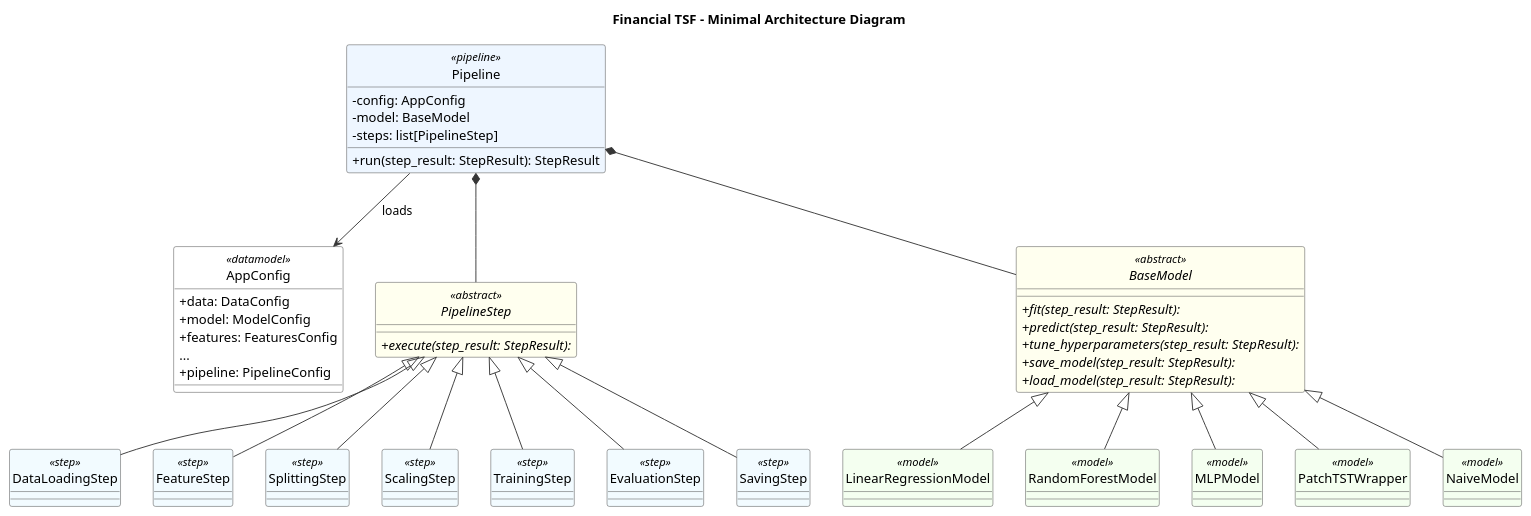
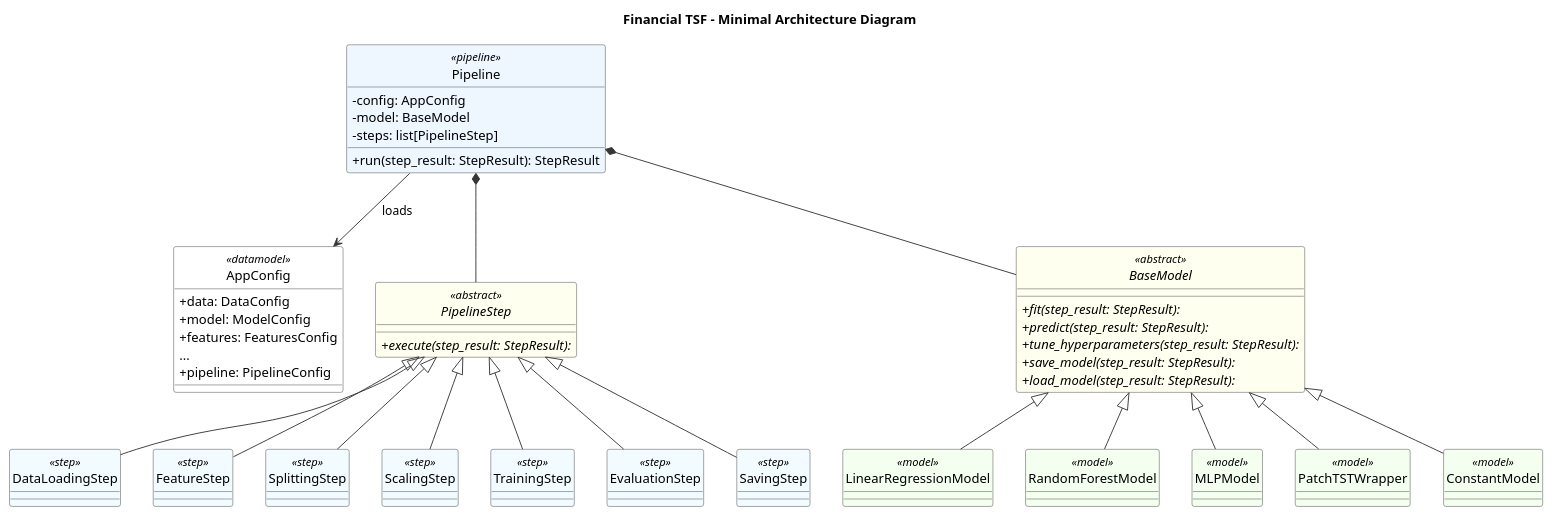
Before and after one commit to nord3214/financial-forecasting: the diagram in UML/architecture.puml, drawn with PlantUML.

Commit message:
code architecture svg adjusted

```diff
--- a/UML/architecture.puml
+++ b/UML/architecture.puml
@@ -1,79 +1,79 @@
 @startuml FinancialTSF_Minimal_Architecture
 title Financial TSF - Minimal Architecture Diagram
 
 skinparam style strictuml
 skinparam classAttributeIconSize 0
 skinparam packageStyle rectangle
 top to bottom direction
 
 skinparam class {
   BackgroundColor White
   BorderColor #424242
   ArrowColor #363636
 }
 
 skinparam classBackgroundColor<<abstract>> #FFFFEF
 skinparam classBackgroundColor<<pipeline>> #EEF6FF
 skinparam classBackgroundColor<<step>> #F2FBFF
 skinparam classBackgroundColor<<model>> #F4FFF0
 
 class Pipeline <<pipeline>> {
   -config: AppConfig
   -model: BaseModel
   -steps: list[PipelineStep]
   +run(step_result: StepResult): StepResult
 }
 
 class AppConfig <<datamodel>> {
   +data: DataConfig
   +model: ModelConfig
   +features: FeaturesConfig
   ...
   +pipeline: PipelineConfig
 }
 
 abstract class PipelineStep <<abstract>> {
   {abstract} +execute(step_result: StepResult): 
 }
 
 abstract class BaseModel <<abstract>> {
   {abstract} +fit(step_result: StepResult): 
   {abstract} +predict(step_result: StepResult): 
   {abstract} +tune_hyperparameters(step_result: StepResult):
   {abstract} +save_model(step_result: StepResult):
   {abstract} +load_model(step_result: StepResult):
 }
 
 class DataLoadingStep <<step>>
 class FeatureStep <<step>>
 class SplittingStep <<step>>
 class ScalingStep <<step>>
 class TrainingStep <<step>>
 class EvaluationStep <<step>>
 class SavingStep <<step>>
 
 class LinearRegressionModel <<model>>
 class RandomForestModel <<model>>
 class MLPModel <<model>>
 class PatchTSTWrapper <<model>>
-class NaiveModel <<model>>
+class ConstantModel <<model>>
 
 Pipeline *-- BaseModel
 Pipeline *-- PipelineStep
 Pipeline --> AppConfig : loads
 
 PipelineStep <|-- DataLoadingStep
 PipelineStep <|-- FeatureStep
 PipelineStep <|-- SplittingStep
 PipelineStep <|-- ScalingStep
 PipelineStep <|-- TrainingStep
 PipelineStep <|-- EvaluationStep
 PipelineStep <|-- SavingStep
 
 BaseModel <|-- LinearRegressionModel
 BaseModel <|-- RandomForestModel
 BaseModel <|-- MLPModel
 BaseModel <|-- PatchTSTWrapper
-BaseModel <|-- NaiveModel
+BaseModel <|-- ConstantModel
 
 @enduml
```
